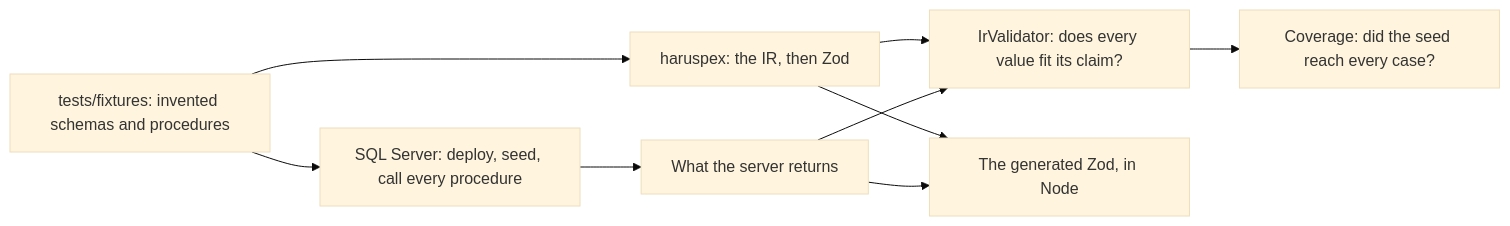
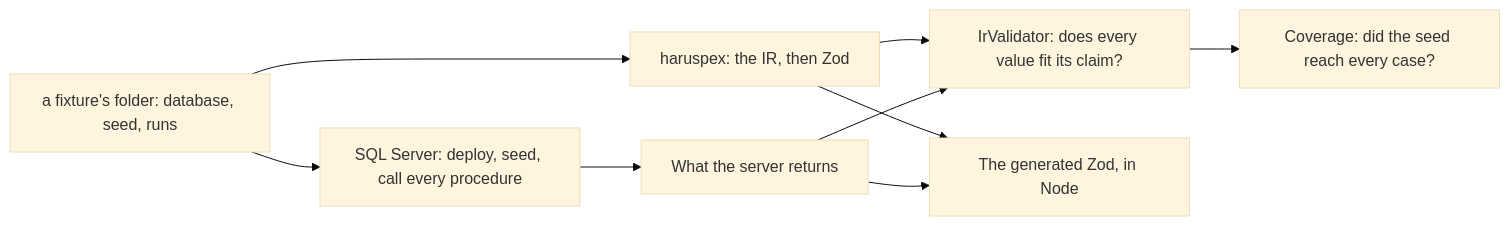
One commit to haruspex-tools/haruspex changed the diagram in docs/internals/09-observing-the-engine.md. Above: the diagram before and after it, drawn with Mermaid (base theme). The commit also changed other lines of this file and 4 other files, not shown here.

````diff
--- a/docs/internals/09-observing-the-engine.md
+++ b/docs/internals/09-observing-the-engine.md
@@ -31,11 +41,11 @@
 ```mermaid
 flowchart LR
-    fixtures["tests/fixtures: invented schemas and procedures"] --> infer["haruspex: the IR, then Zod"]
+    fixtures["a fixture's folder: database, seed, runs"] --> infer["haruspex: the IR, then Zod"]
     fixtures --> deploy["SQL Server: deploy, seed, call every procedure"]
     deploy --> output["What the server returns"]
     infer --> validator["IrValidator: does every value fit its claim?"]
     output --> validator
     infer --> zod["The generated Zod, in Node"]
     output --> zod
     validator --> coverage["Coverage: did the seed reach every case?"]
 ```
````
